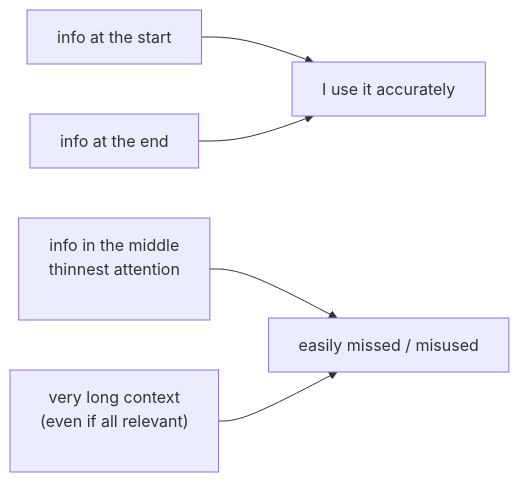
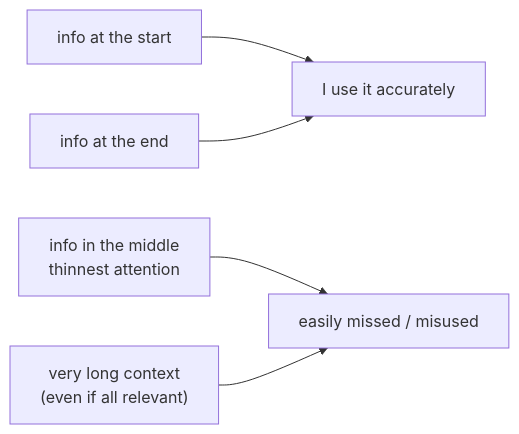
Before and after one commit to XuebinMa/AIWiki: the diagram in i18n/en/docusaurus-plugin-content-docs/current/05-implementation/context-rot.mdx, drawn with Mermaid. The commit also changed 99 other files, not shown here.

First line of the commit message:
fix(mermaid): 全局根治节点文字裁切（htmlLabels:false + 清理 br/nbsp 占位）(#26)

````diff
--- a/i18n/en/docusaurus-plugin-content-docs/current/05-implementation/context-rot.mdx
+++ b/i18n/en/docusaurus-plugin-content-docs/current/05-implementation/context-rot.mdx
@@ -42,7 +42,7 @@
 ```mermaid
 flowchart LR
     A["info at the start"] --> G["I use it accurately"]
-    B["info in the middle<br/>thinnest attention<br/>&nbsp;"] --> H["easily missed / misused"]
+    B["info in the middle<br/>thinnest attention"] --> H["easily missed / misused"]
     C["info at the end"] --> G
-    D["very long context<br/>(even if all relevant)<br/>&nbsp;"] --> H
+    D["very long context<br/>(even if all relevant)"] --> H
 ```
````
